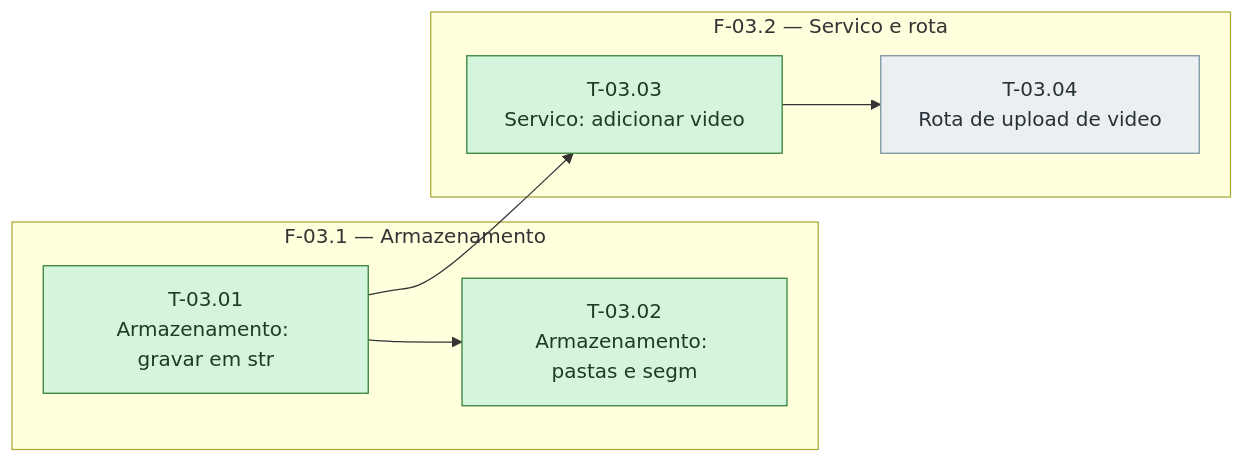
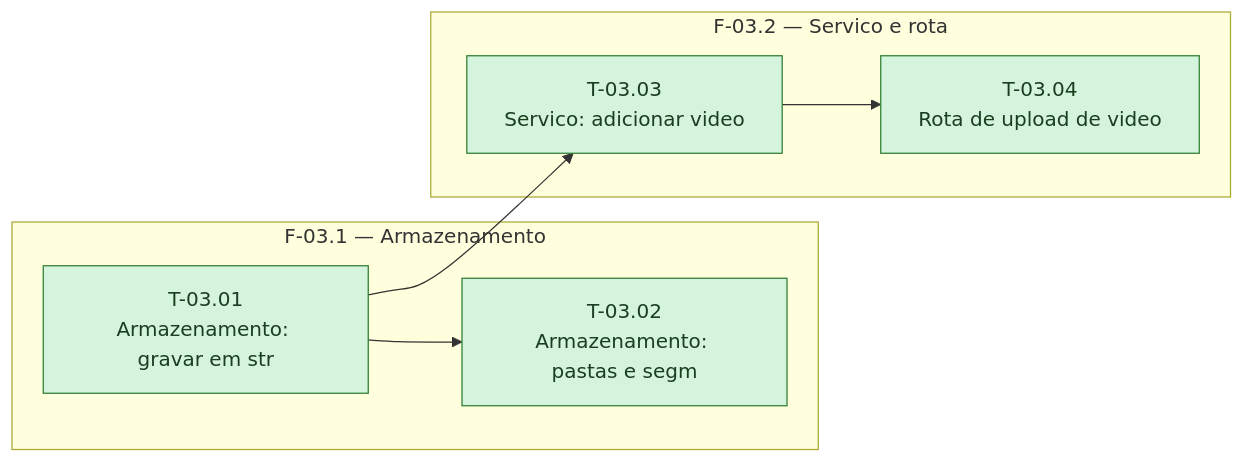
Before and after one commit to bittencourtthulio/converse-chatbot: the diagram in docs/conhecimento-em-video/sprint-03/fases.md, drawn with Mermaid. The commit also changed 3 other files, not shown here.

````diff
--- a/docs/conhecimento-em-video/sprint-03/fases.md
+++ b/docs/conhecimento-em-video/sprint-03/fases.md
@@ -31,26 +31,26 @@
 ```mermaid
 %% Grafo de tasks — sprint-03 — gerado pela sprintx a partir de tasks.md
 flowchart LR
   subgraph fase_03_1["F-03.1 — Armazenamento"]
     T_03_01["T-03.01<br/>Armazenamento: gravar em str"]
     T_03_02["T-03.02<br/>Armazenamento: pastas e segm"]
   end
   subgraph fase_03_2["F-03.2 — Servico e rota"]
     T_03_03["T-03.03<br/>Servico: adicionar video"]
     T_03_04["T-03.04<br/>Rota de upload de video"]
   end
   T_03_01 --> T_03_02
   T_03_01 --> T_03_03
   T_03_03 --> T_03_04
 
   classDef concluida fill:#d4f4dd,stroke:#2e7d32,color:#1b3d20
   classDef andamento fill:#fff3cd,stroke:#b8860b,color:#4a3800
   classDef bloqueada fill:#f8d7da,stroke:#c62828,color:#4a1d1f
   classDef pendente  fill:#eceff1,stroke:#78909c,color:#263238
   classDef critico   stroke-width:3px
 
   class T_03_01 concluida
   class T_03_02 concluida
   class T_03_03 concluida
-  class T_03_04 pendente
+  class T_03_04 concluida
 ```
````
